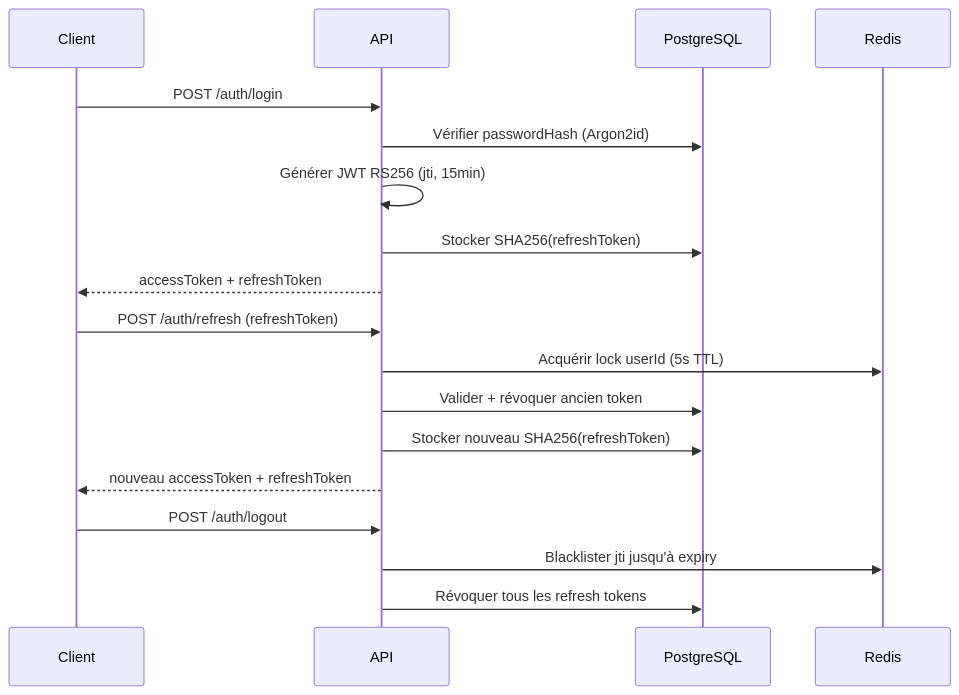
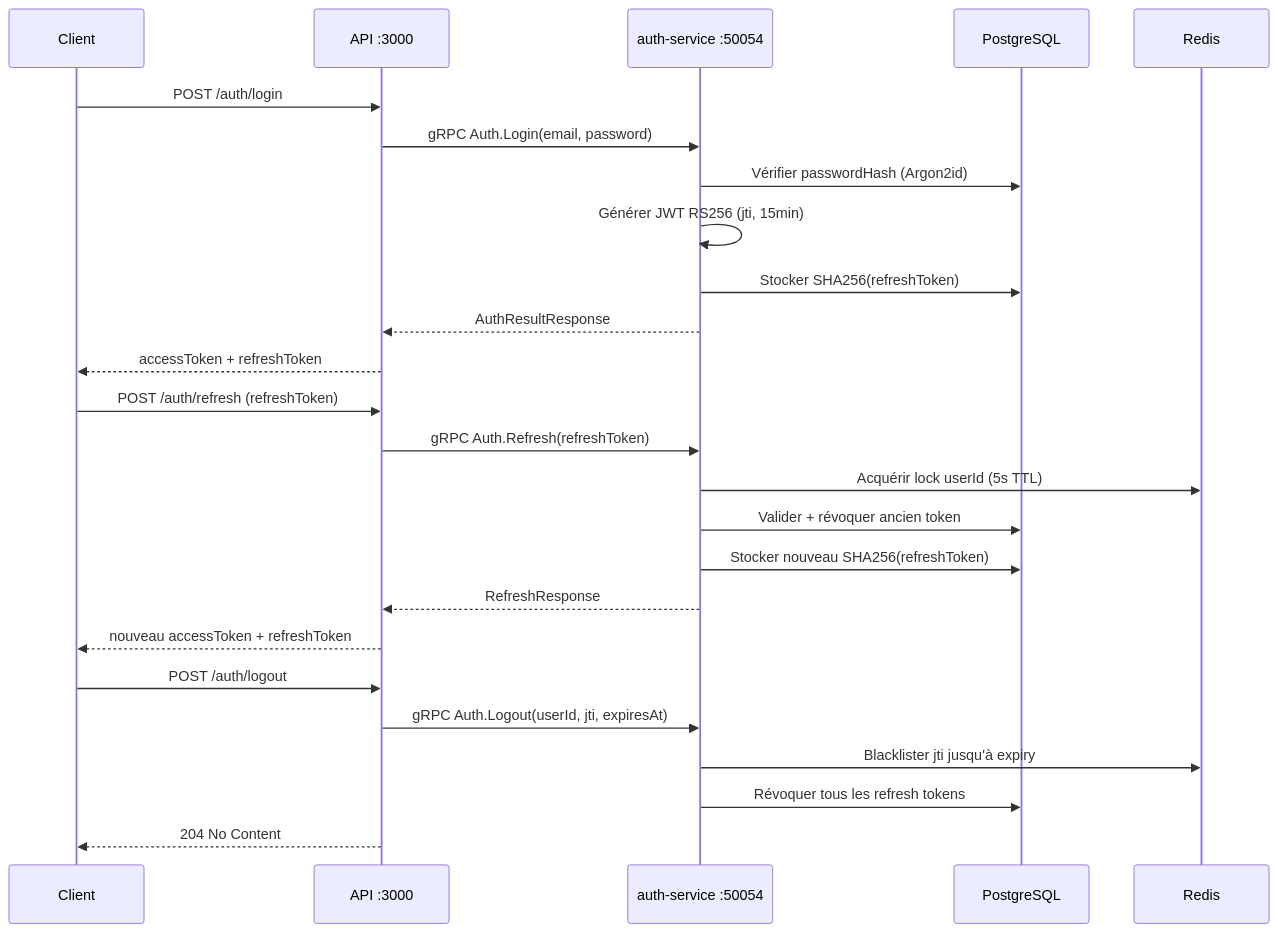
One commit to Team-3-Ynov/Chifoumi changed the second of 7 diagrams in docs/slides.md. Above: the diagram before and after it, drawn with Mermaid. The commit also changed other lines of this file, not shown here.

First line of the commit message:
docs(docs): update slides to reflect 6-service architecture

````diff
--- a/docs/slides.md
+++ b/docs/slides.md
@@ -181,23 +190,30 @@
 ```mermaid {scale: 0.52}
 sequenceDiagram
   participant C as Client
-  participant A as API
+  participant A as API :3000
+  participant AS as auth-service :50054
   participant DB as PostgreSQL
   participant R as Redis
 
   C->>A: POST /auth/login
-  A->>DB: Vérifier passwordHash (Argon2id)
-  A->>A: Générer JWT RS256 (jti, 15min)
-  A->>DB: Stocker SHA256(refreshToken)
+  A->>AS: gRPC Auth.Login(email, password)
+  AS->>DB: Vérifier passwordHash (Argon2id)
+  AS->>AS: Générer JWT RS256 (jti, 15min)
+  AS->>DB: Stocker SHA256(refreshToken)
+  AS-->>A: AuthResultResponse
   A-->>C: accessToken + refreshToken
 
   C->>A: POST /auth/refresh (refreshToken)
-  A->>R: Acquérir lock userId (5s TTL)
-  A->>DB: Valider + révoquer ancien token
-  A->>DB: Stocker nouveau SHA256(refreshToken)
+  A->>AS: gRPC Auth.Refresh(refreshToken)
+  AS->>R: Acquérir lock userId (5s TTL)
+  AS->>DB: Valider + révoquer ancien token
+  AS->>DB: Stocker nouveau SHA256(refreshToken)
+  AS-->>A: RefreshResponse
   A-->>C: nouveau accessToken + refreshToken
 
   C->>A: POST /auth/logout
-  A->>R: Blacklister jti jusqu'à expiry
-  A->>DB: Révoquer tous les refresh tokens
+  A->>AS: gRPC Auth.Logout(userId, jti, expiresAt)
+  AS->>R: Blacklister jti jusqu'à expiry
+  AS->>DB: Révoquer tous les refresh tokens
+  A-->>C: 204 No Content
 ```
````
